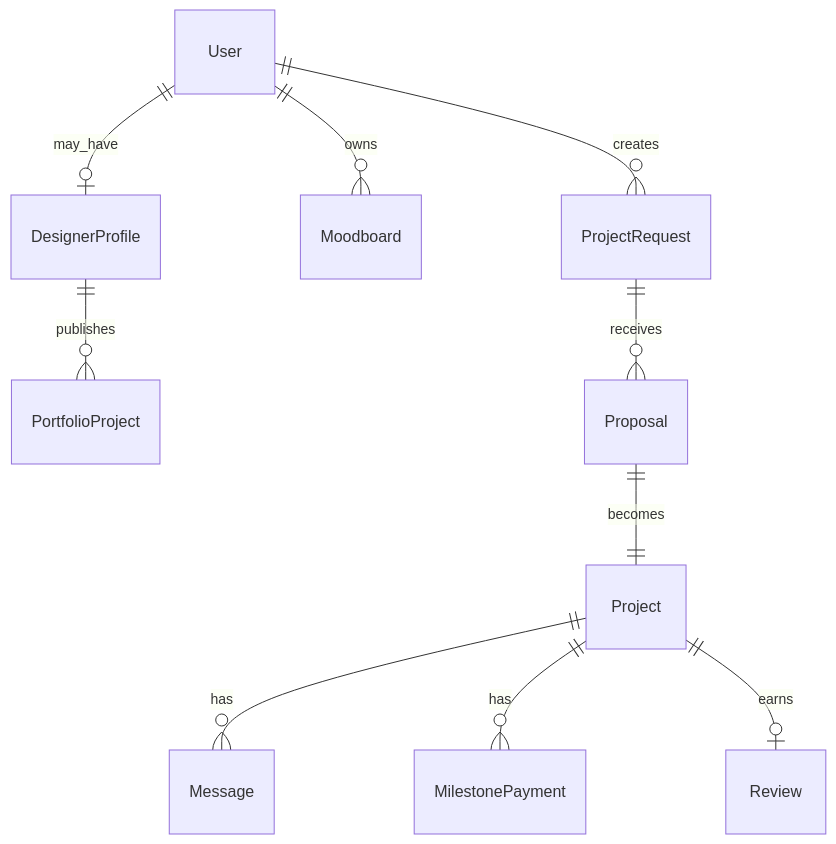
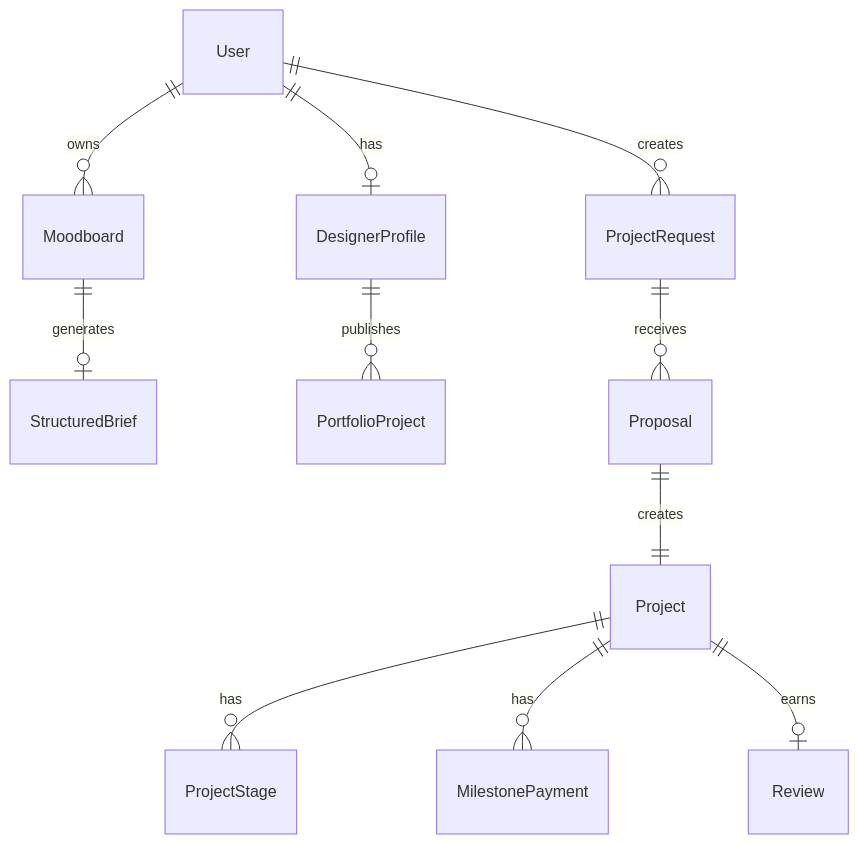
One commit to MNSBaanu/Inside changed the fifth of 5 diagrams in docs/SYSTEM-OVERVIEW.md. Above: the diagram before and after it, drawn with Mermaid. The commit also changed other lines of this file and 17 other files, not shown here.

````diff
--- a/docs/SYSTEM-OVERVIEW.md
+++ b/docs/SYSTEM-OVERVIEW.md
@@ -287,12 +220,13 @@
 ```mermaid
 erDiagram
-    User ||--o| DesignerProfile : may_have
+    User ||--o| DesignerProfile : has
     User ||--o{ Moodboard : owns
+    Moodboard ||--o| StructuredBrief : generates
     DesignerProfile ||--o{ PortfolioProject : publishes
     User ||--o{ ProjectRequest : creates
     ProjectRequest ||--o{ Proposal : receives
-    Proposal ||--|| Project : becomes
-    Project ||--o{ Message : has
+    Proposal ||--|| Project : creates
+    Project ||--o{ ProjectStage : has
     Project ||--o{ MilestonePayment : has
     Project ||--o| Review : earns
 ```
````
